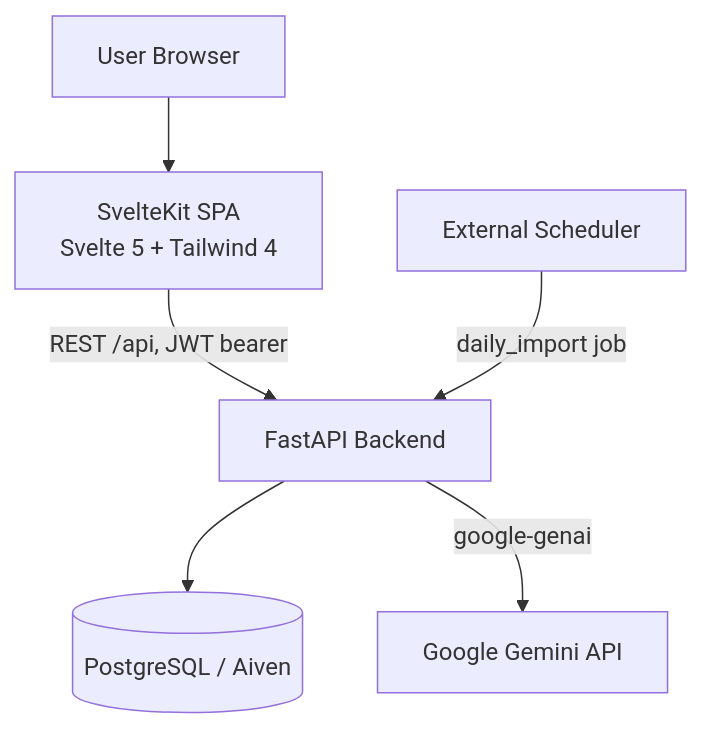
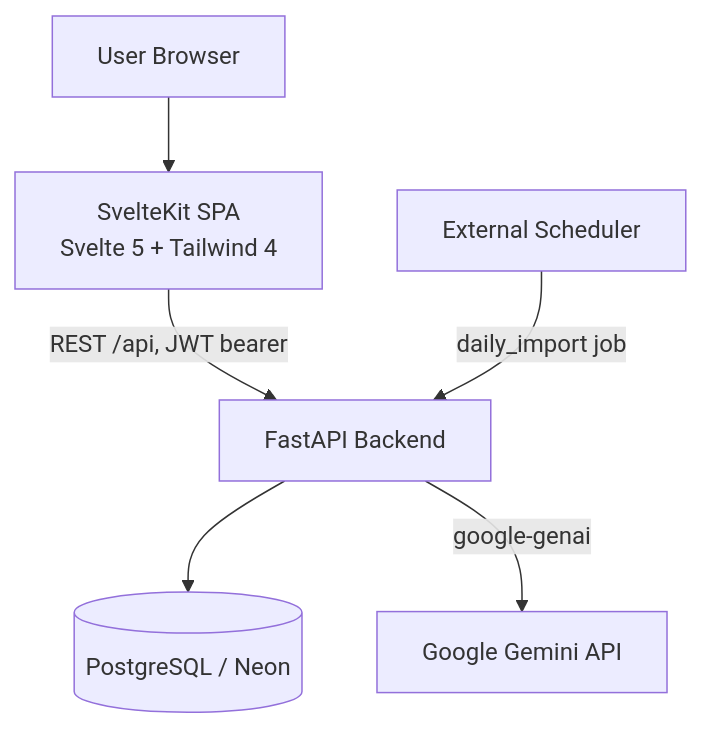
The diagram in README.md (geeteshmehuria/algolens_ai), drawn with Mermaid before and after one commit. The commit also changed other lines of this file and 2 other files, not shown here.

First line of the commit message:
Switch database from Aiven to Neon across all docs

````diff
--- a/README.md
+++ b/README.md
@@ -160,8 +160,8 @@
 ```mermaid
 flowchart TD
     User[User Browser] --> Frontend[SvelteKit SPA<br/>Svelte 5 + Tailwind 4]
     Frontend -->|REST /api, JWT bearer| API[FastAPI Backend]
-    API --> DB[(PostgreSQL / Aiven)]
+    API --> DB[(PostgreSQL / Neon)]
     API -->|google-genai| AI[Google Gemini API]
     Cron[External Scheduler] -->|daily_import job| API
 ```
````
